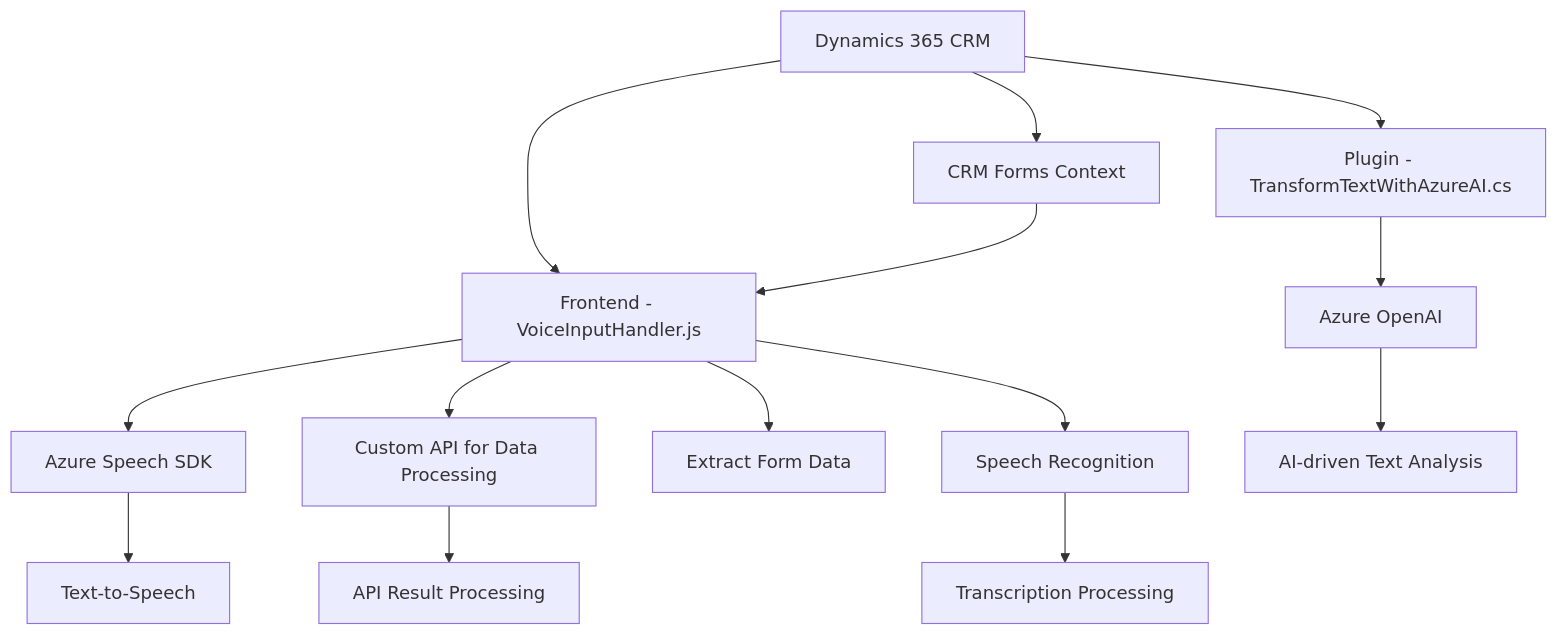
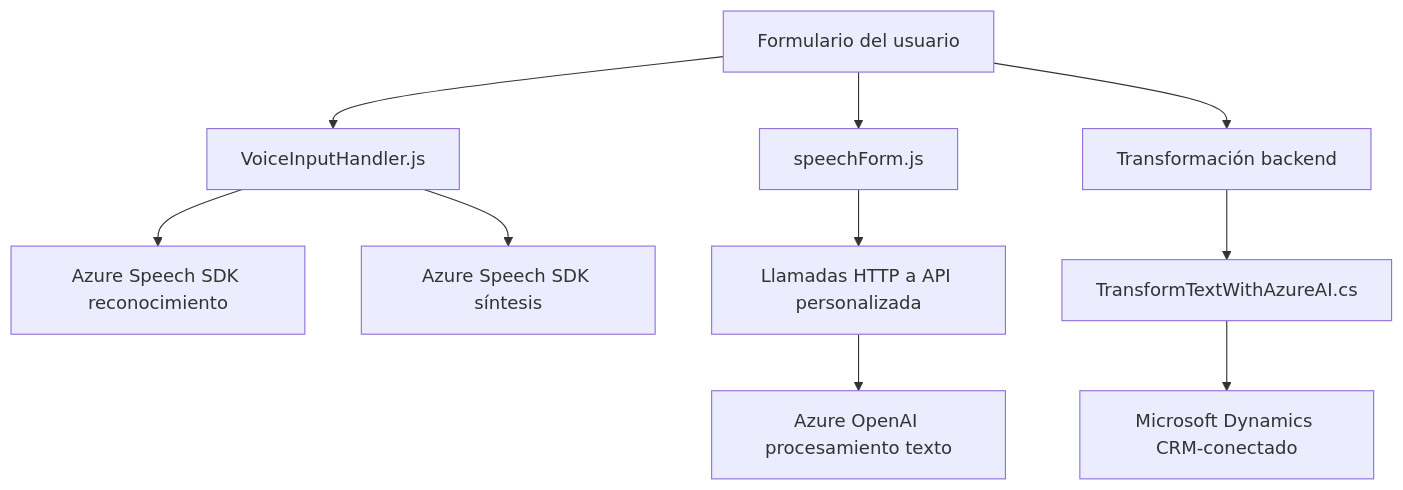
One commit to blopezdm/NETCORE_BILBAO2025 changed the diagram in README.md. Above: the diagram before and after it, drawn with Mermaid. The commit also changed other lines of this file, not shown here.

````diff
--- a/README.md
+++ b/README.md
@@ -50,16 +40,12 @@
 ```mermaid
 graph TD
-    A["Dynamics 365 CRM"] --> B["Frontend - VoiceInputHandler.js"]
-    B --> C["Azure Speech SDK"]
-    B --> D["Custom API for Data Processing"]
-    A --> E["Plugin - TransformTextWithAzureAI.cs"]
-    E --> F["Azure OpenAI"]
-    A --> G["CRM Forms Context"]
-    G --> B
-    B --> H["Extract Form Data"]
-    B --> I["Speech Recognition"]
-    C --> J["Text-to-Speech"]
-    F --> K["AI-driven Text Analysis"]
-    D --> L["API Result Processing"]
-    I --> M["Transcription Processing"]
+A["Formulario del usuario"] --> B["VoiceInputHandler.js"]
+B --> C["Azure Speech SDK reconocimiento"]
+B --> D["Azure Speech SDK síntesis"]
+A --> E["speechForm.js"]
+E --> F["Llamadas HTTP a API personalizada"]
+F --> G["Azure OpenAI procesamiento texto"]
+A --> H["Transformación backend"]
+H --> I["TransformTextWithAzureAI.cs"]
+I --> J["Microsoft Dynamics CRM-conectado"]
 ```
````
